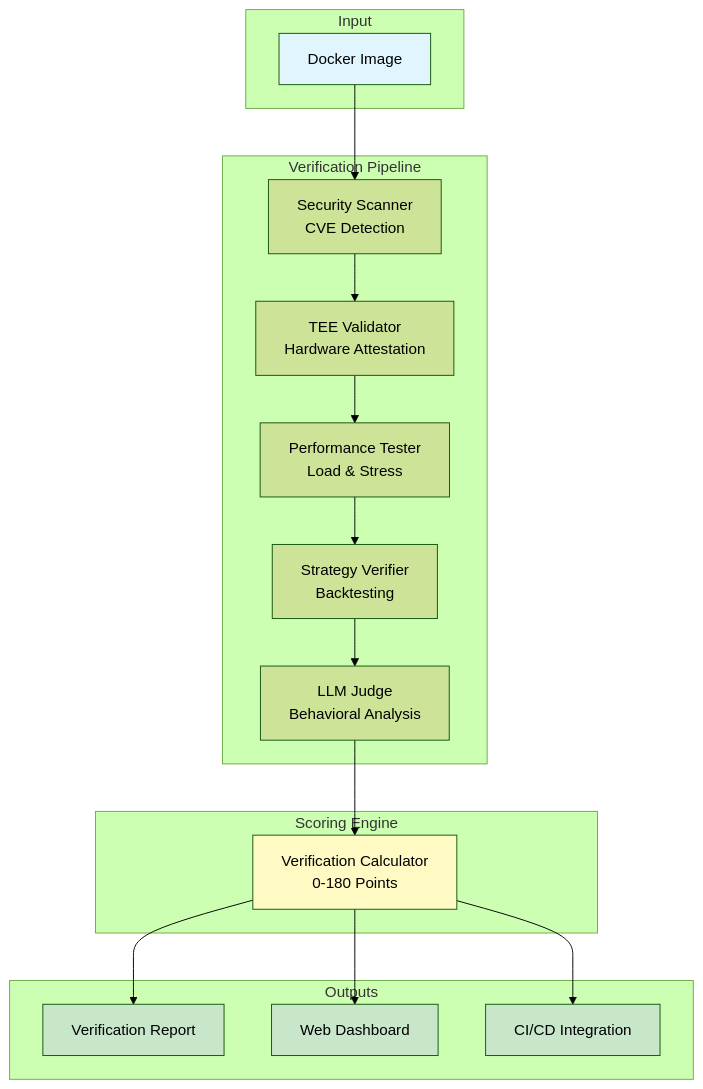
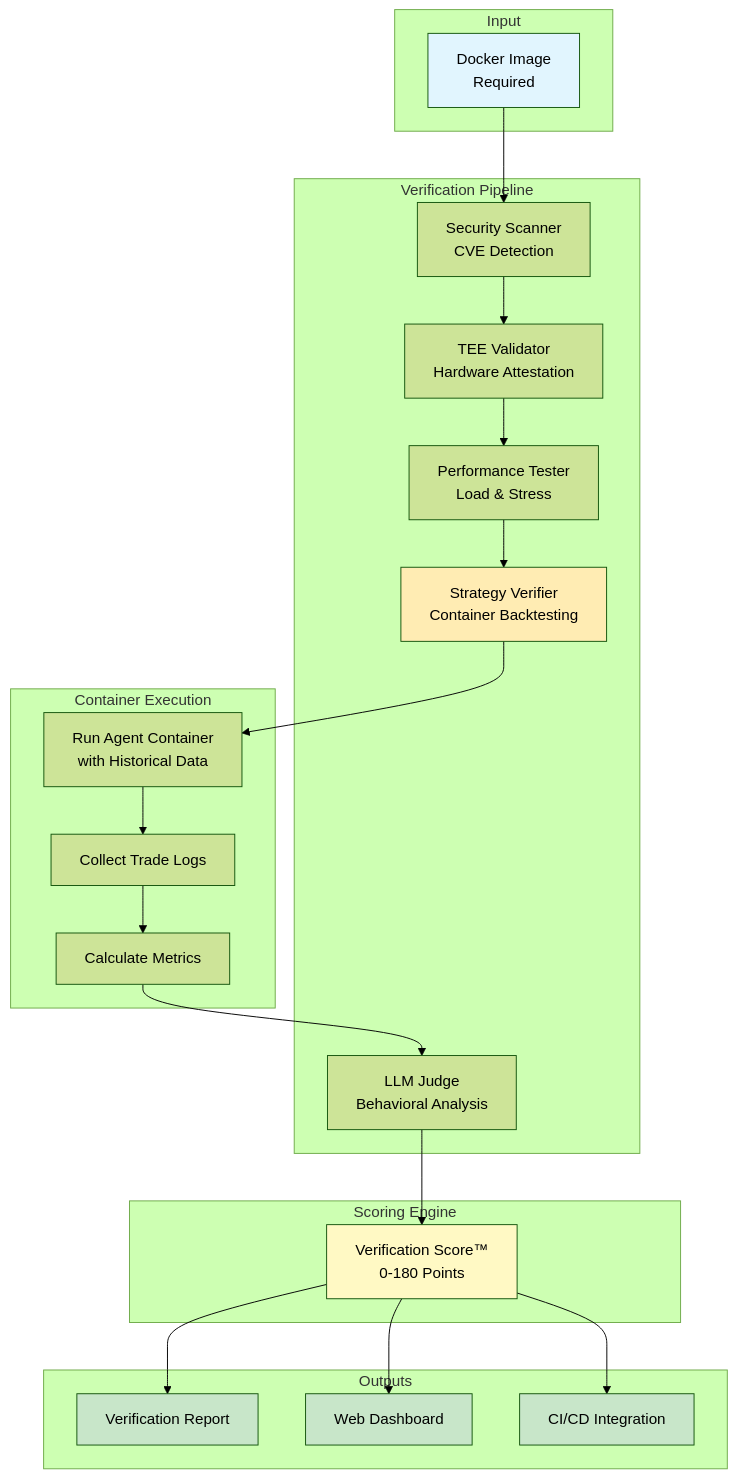
One commit to Arc-Computer/arc-verifier changed the diagram in README.md. Above: the diagram before and after it, drawn with Mermaid (forest theme). The commit also changed other lines of this file, not shown here.

````diff
--- a/README.md
+++ b/README.md
@@ -20,40 +20,50 @@
 ```mermaid
 graph TB
     subgraph "Input"
-        A[Docker Image]
+        A[Docker Image<br/>Required]
     end
     
     subgraph "Verification Pipeline"
         B[Security Scanner<br/>CVE Detection]
         C[TEE Validator<br/>Hardware Attestation]
         D[Performance Tester<br/>Load & Stress]
-        E[Strategy Verifier<br/>Backtesting]
+        E[Strategy Verifier<br/>Container Backtesting]
         F[LLM Judge<br/>Behavioral Analysis]
     end
     
+    subgraph "Container Execution"
+        E1[Run Agent Container<br/>with Historical Data]
+        E2[Collect Trade Logs]
+        E3[Calculate Metrics]
+    end
+    
     subgraph "Scoring Engine"
-        G[Verification Calculator<br/>0-180 Points]
+        G[Verification Score™<br/>0-180 Points]
     end
     
     subgraph "Outputs"
         H[Verification Report]
         I[Web Dashboard]
         J[CI/CD Integration]
     end
     
     A --> B
     B --> C
     C --> D
     D --> E
-    E --> F
+    E --> E1
+    E1 --> E2
+    E2 --> E3
+    E3 --> F
     F --> G
     G --> H
     G --> I
     G --> J
     
     style A fill:#e1f5fe
+    style E fill:#ffecb3
     style G fill:#fff9c4
     style H fill:#c8e6c9
     style I fill:#c8e6c9
     style J fill:#c8e6c9
 ```
````
